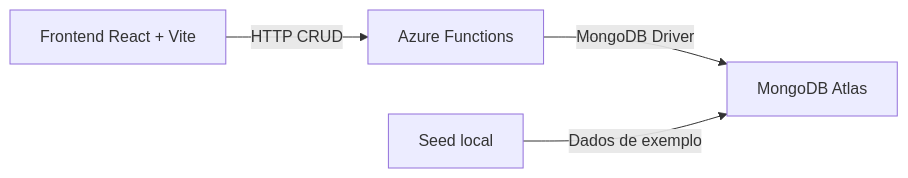
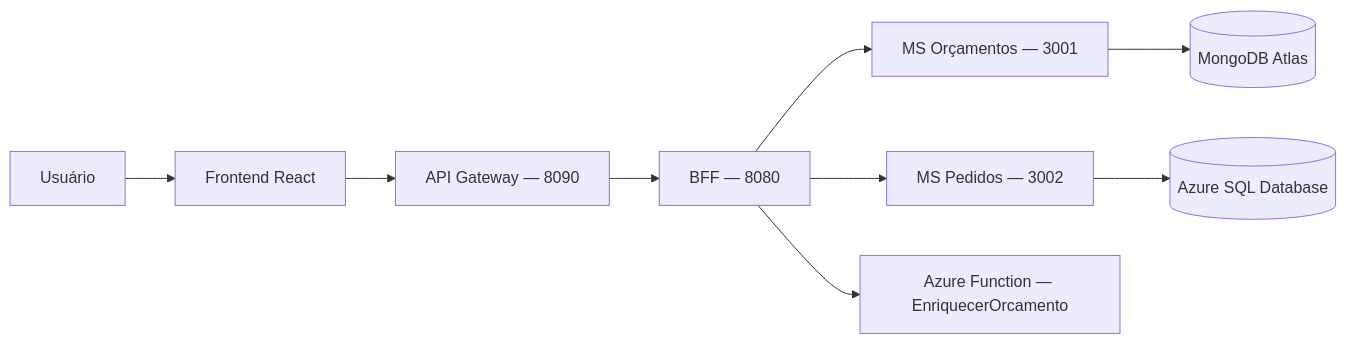
The diagram in README.md (ttheus27/Projeto_Claud), drawn with Mermaid before and after one commit. The commit also changed other lines of this file and 88 other files, not shown here.

Commit message:
adequar código aos requisitos de atlas + azure sql + azure function

````diff
--- a/README.md
+++ b/README.md
@@ -7,6 +8,11 @@
 ```mermaid
-graph LR
-    A[Frontend React + Vite] -->|HTTP CRUD| B[Azure Functions]
-    B -->|MongoDB Driver| C[MongoDB Atlas]
-    D[Seed local] -->|Dados de exemplo| C
+flowchart LR
+    U[Usuário] --> F[Frontend React]
+    F --> G[API Gateway — 8090]
+    G --> B[BFF — 8080]
+    B --> M[MS Orçamentos — 3001]
+    B --> S[MS Pedidos — 3002]
+    M --> A[(MongoDB Atlas)]
+    S --> Q[(Azure SQL Database)]
+    B --> C[Azure Function — EnriquecerOrcamento]
 ```
````
